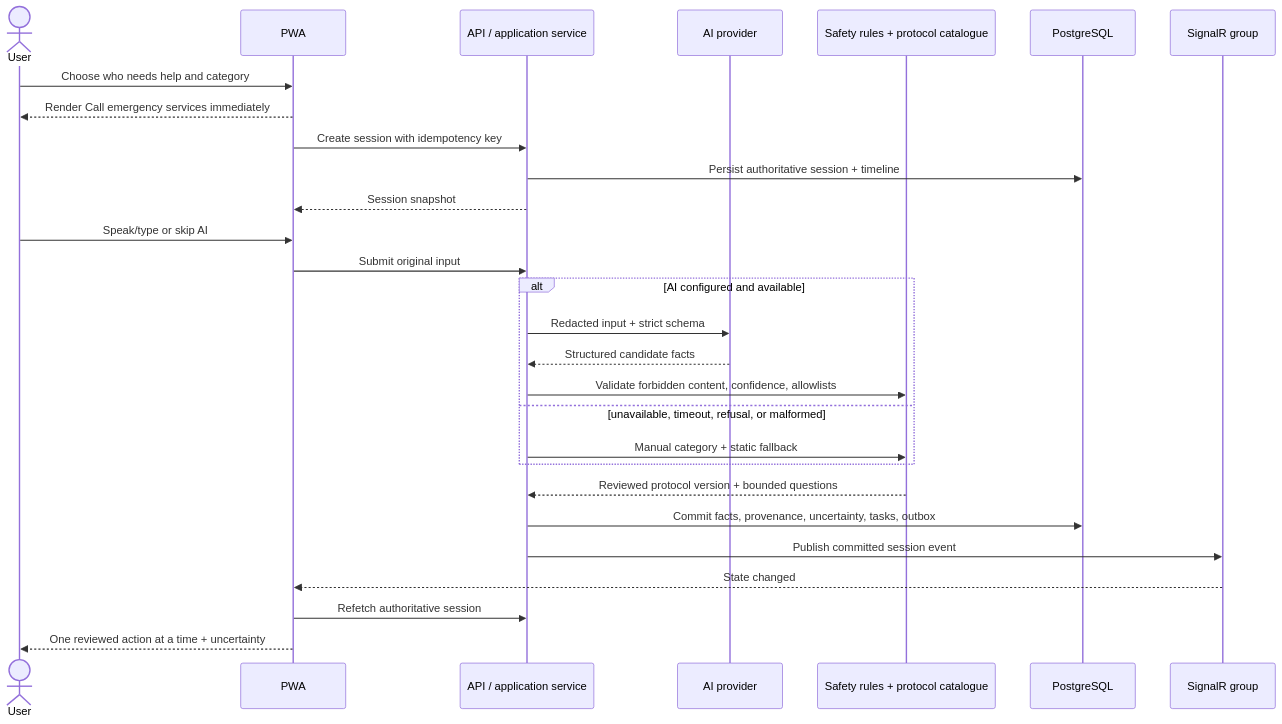
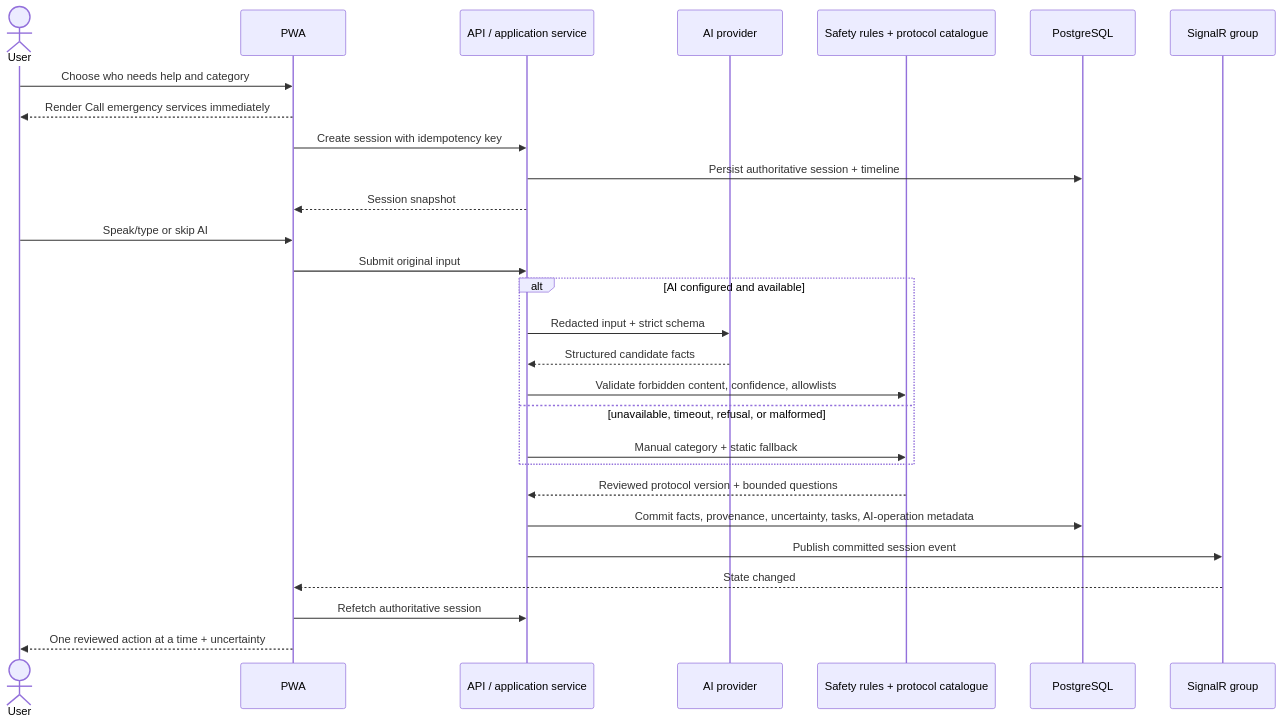
One commit to smahala093/Golden-Hour-AI changed the second of 6 diagrams in docs/ARCHITECTURE.md. Above: the diagram before and after it, drawn with Mermaid. The commit also changed other lines of this file and 84 other files, not shown here.

````diff
--- a/docs/ARCHITECTURE.md
+++ b/docs/ARCHITECTURE.md
@@ -59,31 +60,31 @@
 ```mermaid
 sequenceDiagram
     actor User
     participant Web as PWA
     participant API as API / application service
     participant AI as AI provider
     participant Rules as Safety rules + protocol catalogue
     participant DB as PostgreSQL
     participant Hub as SignalR group
 
     User->>Web: Choose who needs help and category
     Web-->>User: Render Call emergency services immediately
     Web->>API: Create session with idempotency key
     API->>DB: Persist authoritative session + timeline
     API-->>Web: Session snapshot
     User->>Web: Speak/type or skip AI
     Web->>API: Submit original input
     alt AI configured and available
       API->>AI: Redacted input + strict schema
       AI-->>API: Structured candidate facts
       API->>Rules: Validate forbidden content, confidence, allowlists
     else unavailable, timeout, refusal, or malformed
       API->>Rules: Manual category + static fallback
     end
     Rules-->>API: Reviewed protocol version + bounded questions
-    API->>DB: Commit facts, provenance, uncertainty, tasks, outbox
+    API->>DB: Commit facts, provenance, uncertainty, tasks, AI-operation metadata
     API->>Hub: Publish committed session event
     Hub-->>Web: State changed
     Web->>API: Refetch authoritative session
     Web-->>User: One reviewed action at a time + uncertainty
 ```
````
